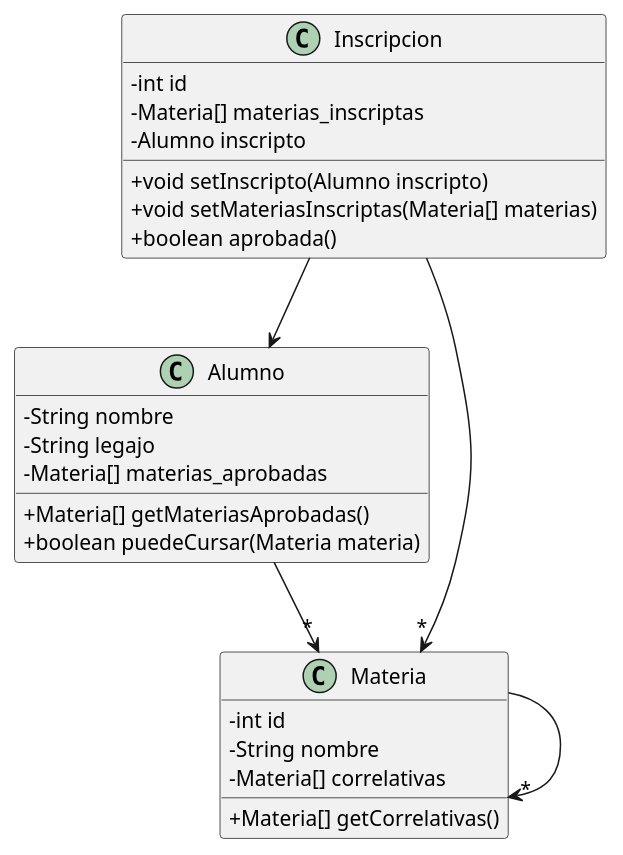
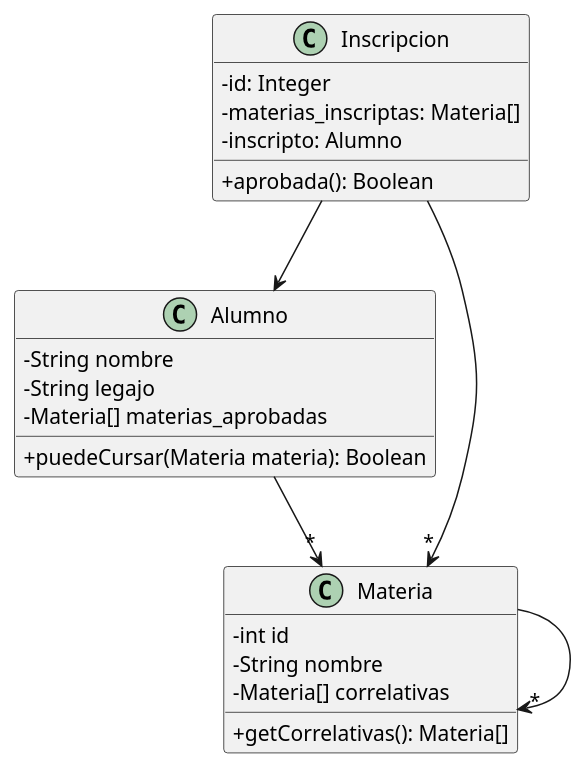
One commit to frba-hkil/dds_clase_1 changed the diagram in src/main/resources/Validador.puml. Above: the diagram before and after it, drawn with PlantUML.

Commit message:
Fix/syntax uml

```diff
--- a/src/main/resources/Validador.puml
+++ b/src/main/resources/Validador.puml
@@ -1,37 +1,34 @@
 @startuml
 'https://plantuml.com/class-diagram
 skinparam classAttributeIconSize 0
 
 class Inscripcion {
-  -int id
-  -Materia[] materias_inscriptas
-  -Alumno inscripto
+  -id: Integer
+  -materias_inscriptas: Materia[]
+  -inscripto: Alumno
 
-  +void setInscripto(Alumno inscripto)
-  +void setMateriasInscriptas(Materia[] materias)
-  +boolean aprobada()
+  +aprobada(): Boolean
 }
 
 class Alumno {
   -String nombre
   -String legajo
   -Materia[] materias_aprobadas
 
-  +Materia[] getMateriasAprobadas()
-  +boolean puedeCursar(Materia materia)
+  +puedeCursar(Materia materia): Boolean
 }
 
 class Materia {
   -int id
   -String nombre
   -Materia[] correlativas
 
-  +Materia[] getCorrelativas()
+  +getCorrelativas(): Materia[]
 }
 
 Materia --> "*" Materia
 Alumno --> "*" Materia
 Inscripcion --> "*" Materia
 Inscripcion --> Alumno
 
 @enduml
```
